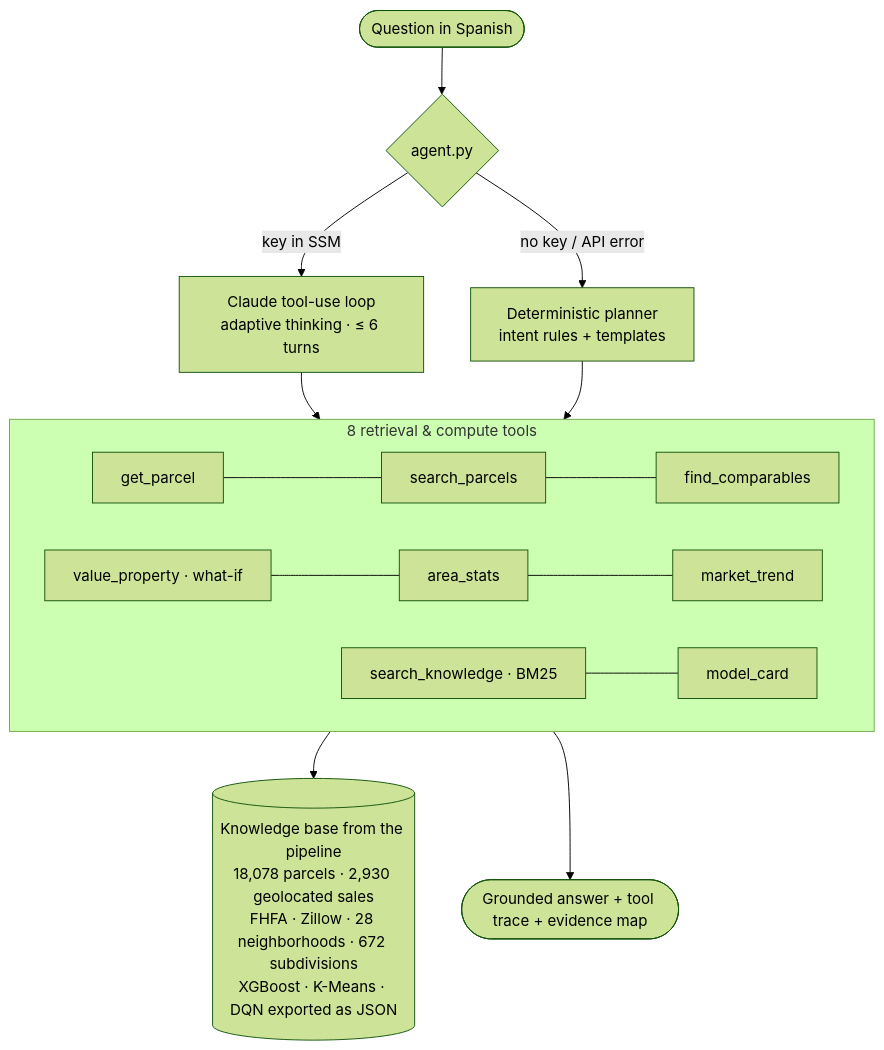
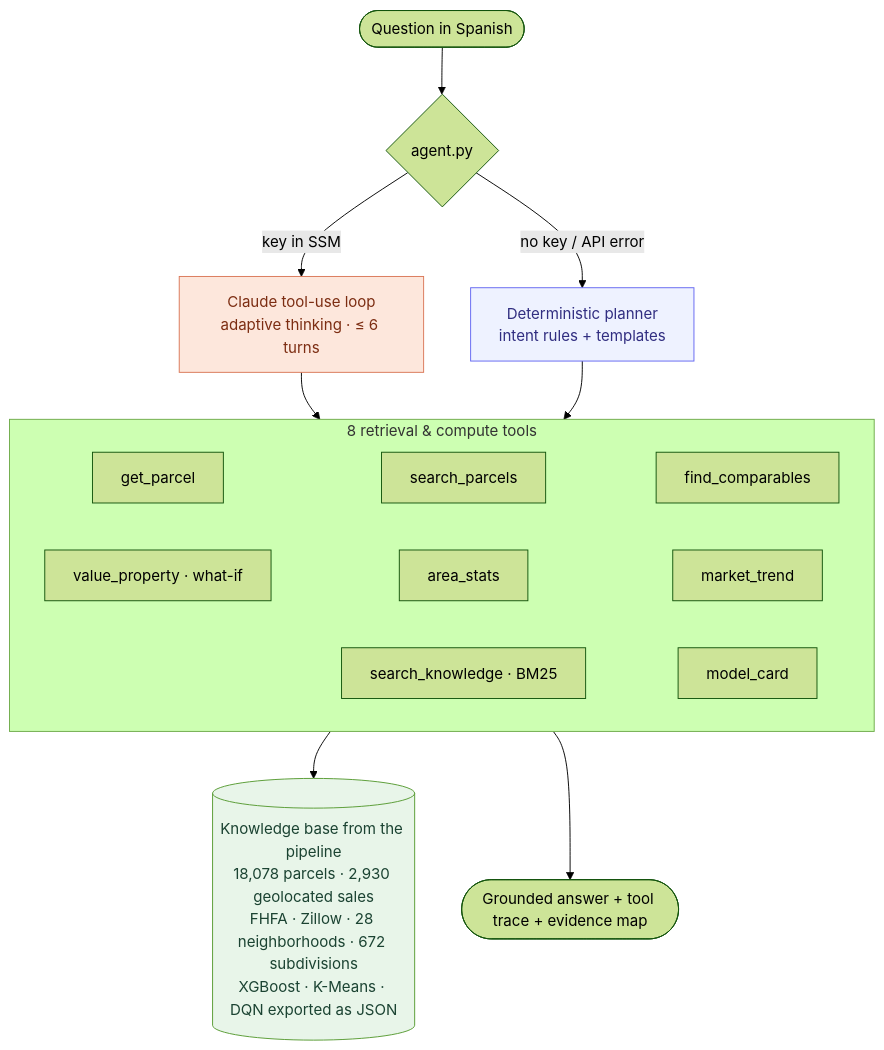
Before and after one commit to Julian-Rincon/ames-housing-ml: the fourth of 4 diagrams in README.md, drawn with Mermaid (forest theme). The commit also changed other lines of this file, not shown here.

Commit message:
docs: clearer architecture and agent diagrams

````diff
--- a/README.md
+++ b/README.md
@@ -145,14 +156,20 @@
 ```mermaid
 flowchart TB
     Q([Question in Spanish]) --> AG{agent.py}
     AG -->|key in SSM| CL[Claude tool-use loop<br/>adaptive thinking · ≤ 6 turns]
     AG -->|no key / API error| DT[Deterministic planner<br/>intent rules + templates]
     CL & DT --> TOOLS
-    subgraph TOOLS [8 retrieval & compute tools]
-        T1[get_parcel] --- T2[search_parcels] --- T3[find_comparables]
-        T4[value_property · what-if] --- T5[area_stats] --- T6[market_trend]
-        T7[search_knowledge · BM25] --- T8[model_card]
+    subgraph TOOLS [" 8 retrieval & compute tools "]
+        T1[get_parcel] ~~~ T2[search_parcels] ~~~ T3[find_comparables]
+        T4[value_property · what-if] ~~~ T5[area_stats] ~~~ T6[market_trend]
+        T7[search_knowledge · BM25] ~~~ T8[model_card]
     end
     TOOLS --> KB[(Knowledge base from the pipeline<br/>18,078 parcels · 2,930 geolocated sales<br/>FHFA · Zillow · 28 neighborhoods · 672 subdivisions<br/>XGBoost · K-Means · DQN exported as JSON)]
     TOOLS --> ANS([Grounded answer + tool trace + evidence map])
+    classDef llm fill:#fde7dc,stroke:#D97757,color:#7c2d12
+    classDef det fill:#eef2ff,stroke:#6366f1,color:#312e81
+    classDef kb fill:#e8f5e9,stroke:#569A31,color:#1b4332
+    class CL llm
+    class DT det
+    class KB kb
 ```
````
